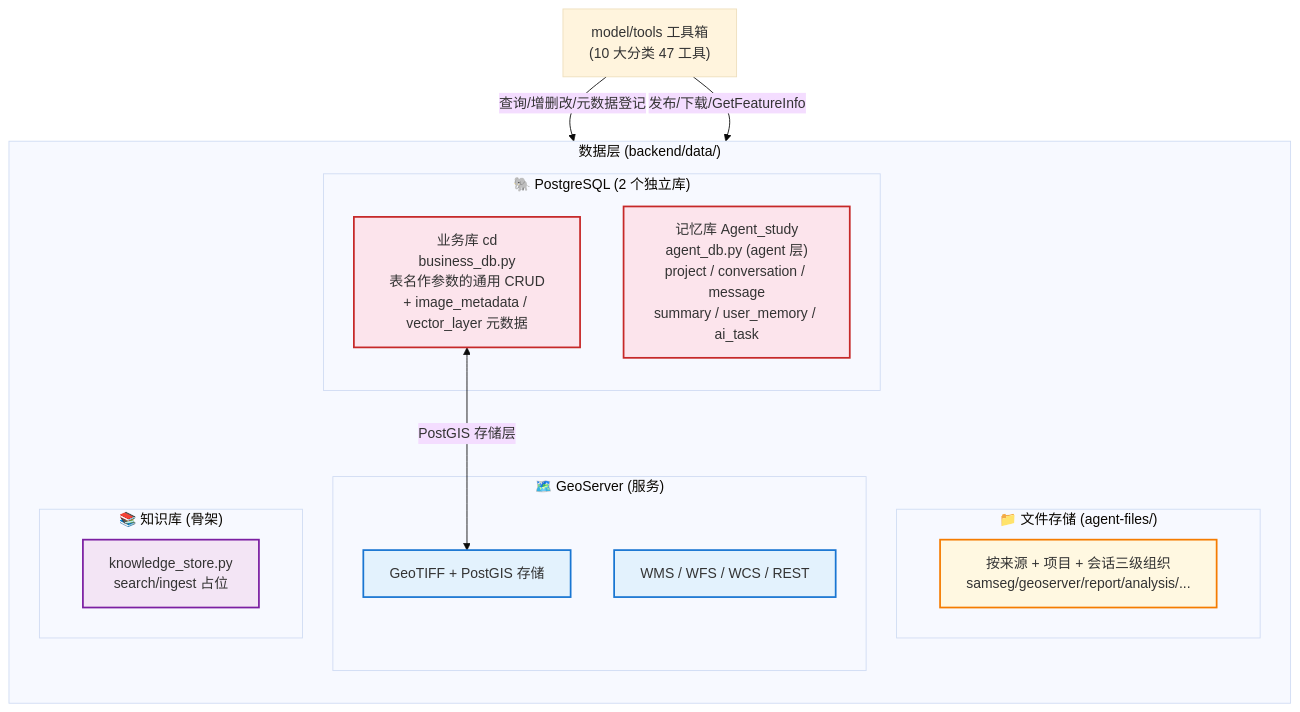
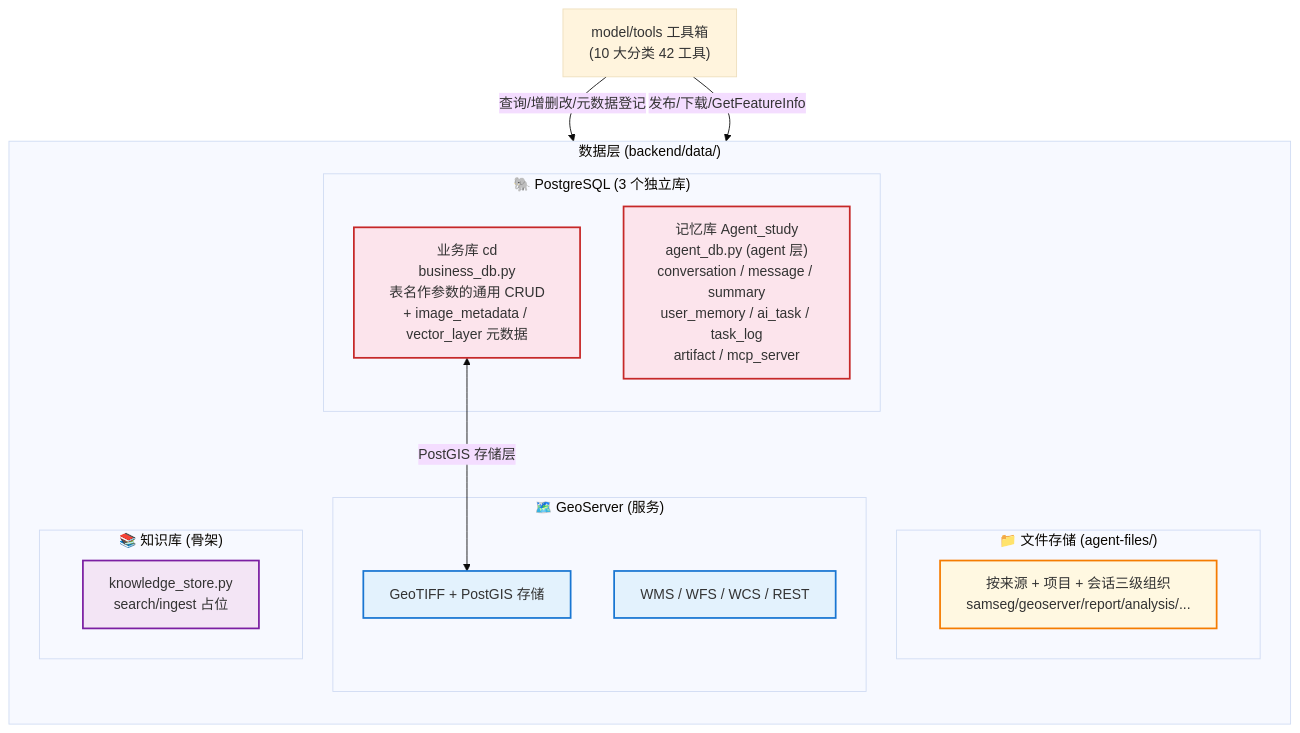
Before and after one commit to qianxiR/Agent-RSCD: the first of 2 diagrams in docs/data/impl-data.md, drawn with Mermaid (base theme). The commit also changed other lines of this file and 209 other files, not shown here.

````diff
--- a/docs/data/impl-data.md
+++ b/docs/data/impl-data.md
@@ -12,37 +12,37 @@
 ```mermaid
 graph TB
     subgraph DATA["数据层 (backend/data/)"]
         direction TB
 
-        subgraph PG["🐘 PostgreSQL (2 个独立库)"]
+        subgraph PG["🐘 PostgreSQL (3 个独立库)"]
             BIZ["业务库 cd<br/>business_db.py<br/>表名作参数的通用 CRUD<br/>+ image_metadata / vector_layer 元数据"]
-            AGENTDB["记忆库 Agent_study<br/>agent_db.py (agent 层)<br/>project / conversation / message<br/>summary / user_memory / ai_task"]
+            AGENTDB["记忆库 Agent_study<br/>agent_db.py (agent 层)<br/>conversation / message / summary<br/>user_memory / ai_task / task_log<br/>artifact / mcp_server"]
         end
 
         subgraph GS["🗺️ GeoServer (服务)"]
             WMS["WMS / WFS / WCS / REST"]
             STORE["GeoTIFF + PostGIS 存储"]
         end
 
         subgraph FS["📁 文件存储 (agent-files/)"]
             ROOT["按来源 + 项目 + 会话三级组织<br/>samseg/geoserver/report/analysis/..."]
         end
 
         subgraph KB["📚 知识库 (骨架)"]
             K1["knowledge_store.py<br/>search/ingest 占位"]
         end
     end
 
-    TOOLS["model/tools 工具箱<br/>(10 大分类 47 工具)"] -->|"查询/增删改/元数据登记"| BIZ
+    TOOLS["model/tools 工具箱<br/>(10 大分类 42 工具)"] -->|"查询/增删改/元数据登记"| BIZ
     TOOLS -->|"发布/下载/GetFeatureInfo"| WMS
     BIZ <-->|"PostGIS 存储层"| STORE
 
     classDef pg fill:#fce4ec,stroke:#c62828,stroke-width:2px
     classDef geo fill:#e3f2fd,stroke:#1976d2,stroke-width:2px
     classDef fs fill:#fff8e1,stroke:#f57c00,stroke-width:2px
     classDef kb fill:#f3e5f5,stroke:#7b1fa2,stroke-width:2px
     class BIZ,AGENTDB pg
     class WMS,STORE geo
     class ROOT fs
     class K1 kb
 ```
````
